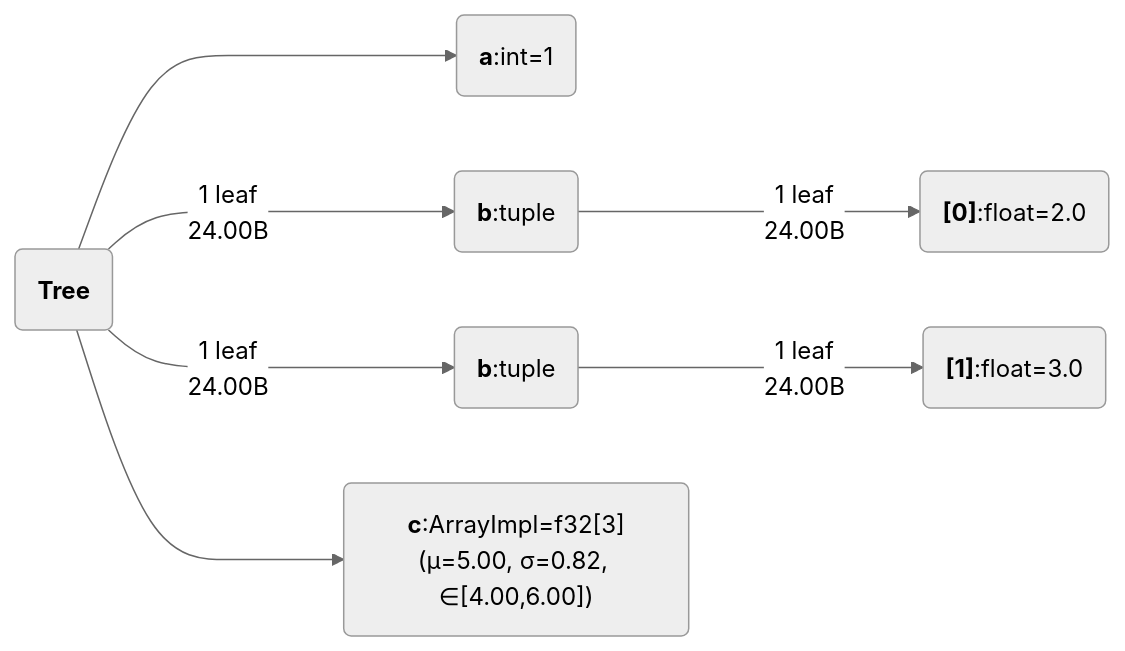
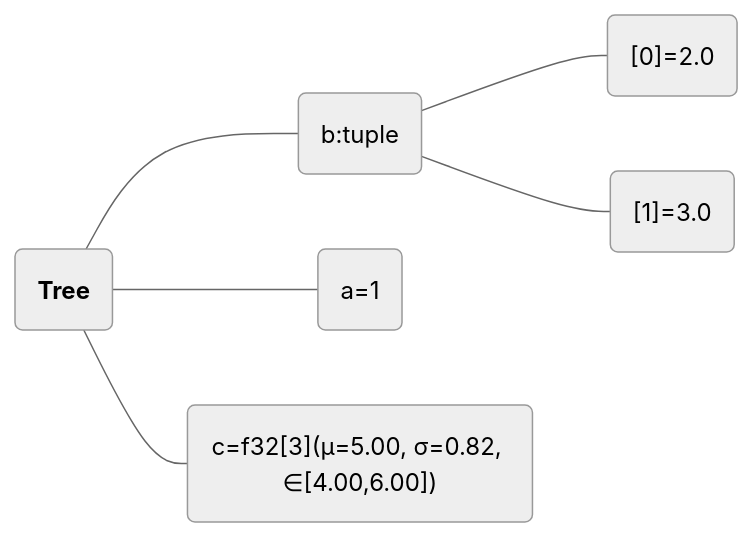
Before and after one commit to ASEM000/pytreeclass: the second of 2 diagrams in README.md, drawn with Mermaid (neutral theme). The commit also changed other lines of this file and 10 other files, not shown here.

````diff
--- a/README.md
+++ b/README.md
@@ -230,10 +230,9 @@
 ```mermaid
 flowchart LR
-    id15696277213149321320(<b>Tree</b>)
-    id15696277213149321320--->id4205845433746830897("<b>a</b>:int=1")
-    id15696277213149321320--->|"1 leaf<br>24.00B"|id8168961130706115346("<b>b</b>:tuple")
-    id8168961130706115346--->|"1 leaf<br>24.00B"|id2766159651176208202("<b>[0]</b>:float=2.0")
-    id15696277213149321320--->|"1 leaf<br>24.00B"|id12408280303145007954("<b>b</b>:tuple")
-    id12408280303145007954--->|"1 leaf<br>24.00B"|id7897116322308127883("<b>[1]</b>:float=3.0")
-    id15696277213149321320--->id14652085615030570957("<b>c</b>:ArrayImpl=f32[3](μ=5.00, σ=0.82, ∈[4.00,6.00])")
+    id2 --- id3("</b>[0]=2.0</b>")
+    id2 --- id4("</b>[1]=3.0</b>")
+    id0(<b>Tree</b>)
+    id0 --- id1("</b>a=1</b>")
+    id0 --- id2("</b>b:tuple</b>")
+    id0 --- id5("</b>c=f32[3](μ=5.00, σ=0.82, ∈[4.00,6.00])</b>")
 ```
````
